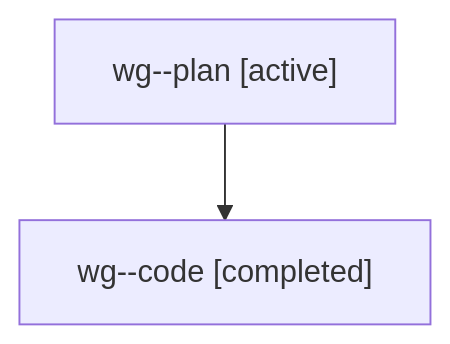
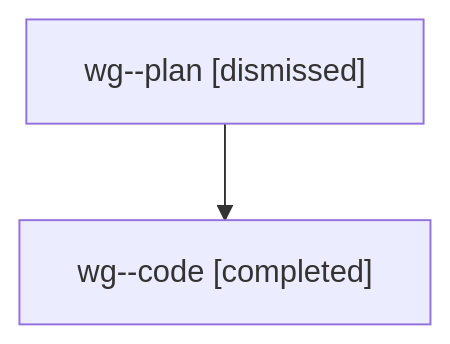
One commit to sase-org/sase--agents changed the diagram in sessions/bbugyi200.athena.wg.md. Above: the diagram before and after it, drawn with Mermaid. The commit also changed other lines of this file and 40 other files, not shown here.

````diff
--- a/sessions/bbugyi200.athena.wg.md
+++ b/sessions/bbugyi200.athena.wg.md
@@ -9,6 +9,6 @@
 ```mermaid
 flowchart TD
-  n0["wg--plan [active]"]
+  n0["wg--plan [dismissed]"]
   n1["wg--code [completed]"]
   n0 --> n1
 ```
````
